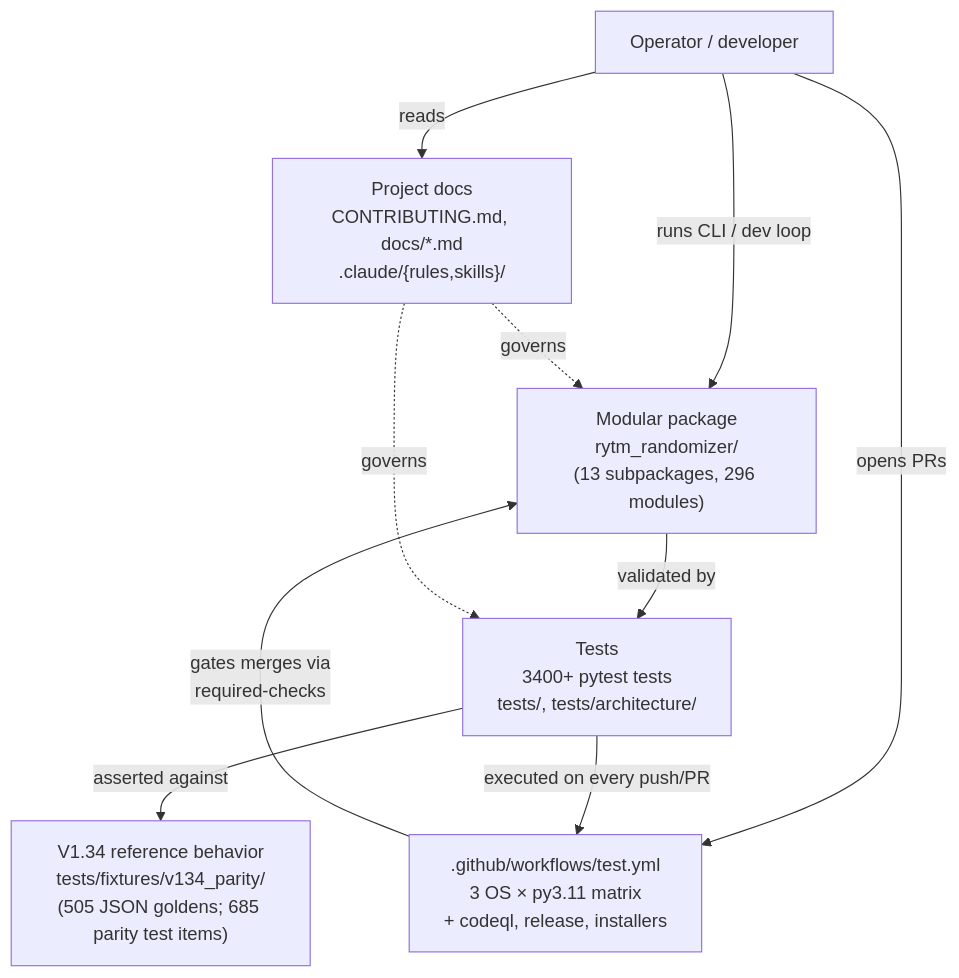
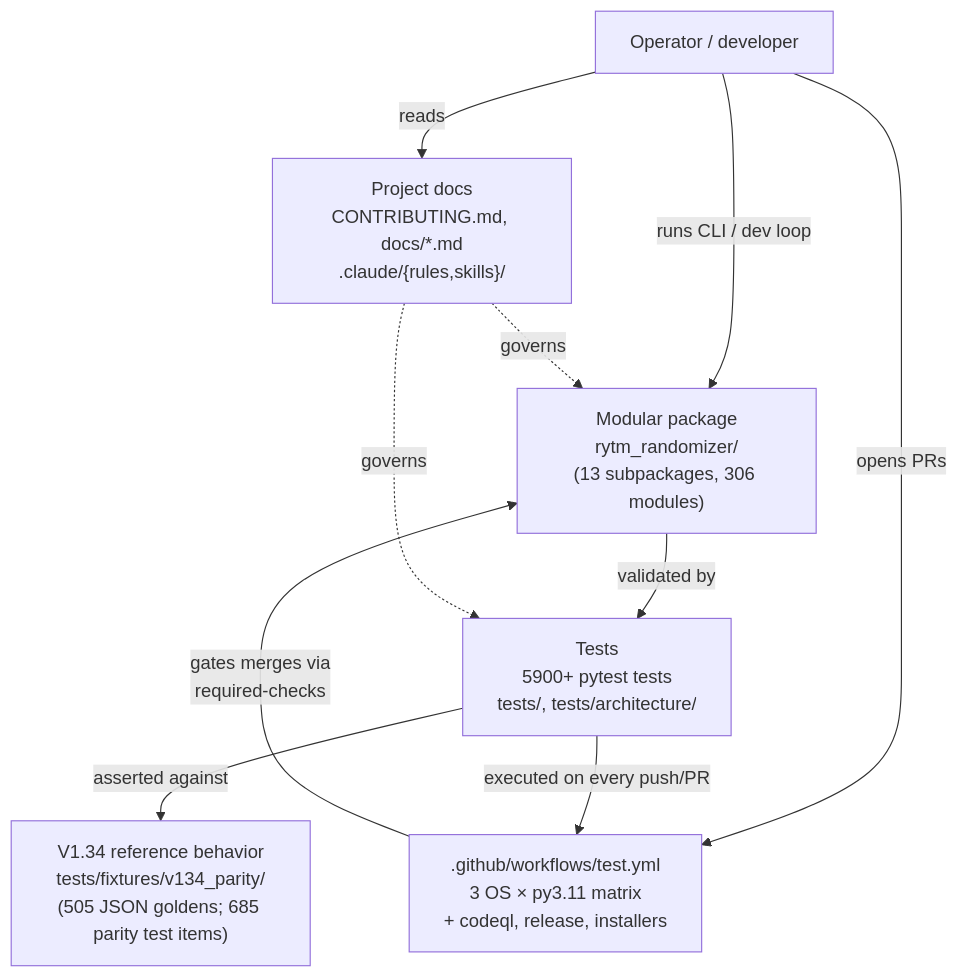
One commit to buzzijose-hub/RytmRandomizer changed the first of 34 diagrams in docs/ARCHITECTURE_DIAGRAMS.md. Above: the diagram before and after it, drawn with Mermaid. The commit also changed other lines of this file and 21 other files, not shown here.

````diff
--- a/docs/ARCHITECTURE_DIAGRAMS.md
+++ b/docs/ARCHITECTURE_DIAGRAMS.md
@@ -47,22 +48,22 @@
 ```mermaid
 flowchart TB
     User["Operator / developer"]
     V134["V1.34 reference behavior<br/>tests/fixtures/v134_parity/<br/>(505 JSON goldens; 685 parity test items)"]
-    Package["Modular package<br/>rytm_randomizer/<br/>(13 subpackages, 296 modules)"]
-    Tests["Tests<br/>3400+ pytest tests<br/>tests/, tests/architecture/"]
+    Package["Modular package<br/>rytm_randomizer/<br/>(13 subpackages, 306 modules)"]
+    Tests["Tests<br/>5900+ pytest tests<br/>tests/, tests/architecture/"]
     CI[".github/workflows/test.yml<br/>3 OS × py3.11 matrix<br/>+ codeql, release, installers"]
     Docs["Project docs<br/>CONTRIBUTING.md, docs/*.md<br/>.claude/{rules,skills}/"]
 
     User -->|"runs CLI / dev loop"| Package
     User -->|"opens PRs"| CI
     User -->|"reads"| Docs
 
     Package -->|"validated by"| Tests
     Tests -->|"asserted against"| V134
     Tests -->|"executed on every push/PR"| CI
 
     CI -->|"gates merges via<br/>required-checks"| Package
 
     Docs -.->|"governs"| Package
     Docs -.->|"governs"| Tests
 ```
````
